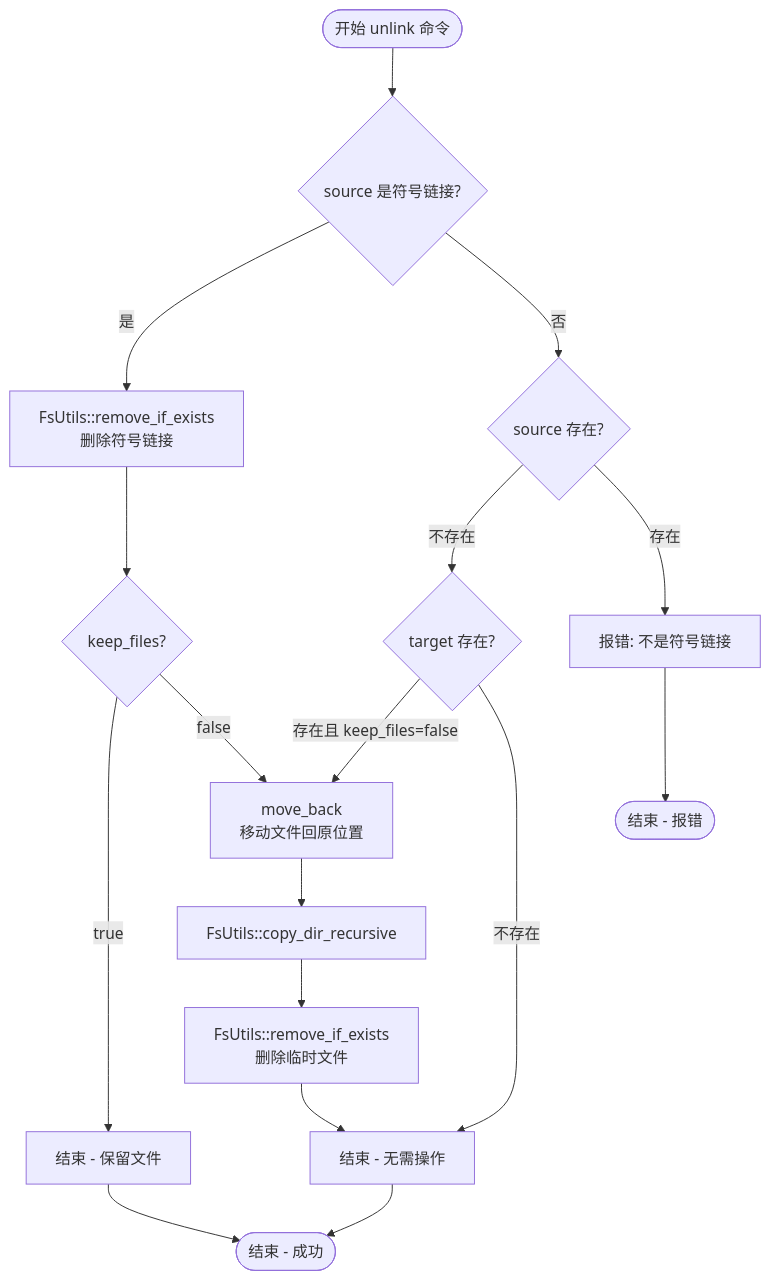
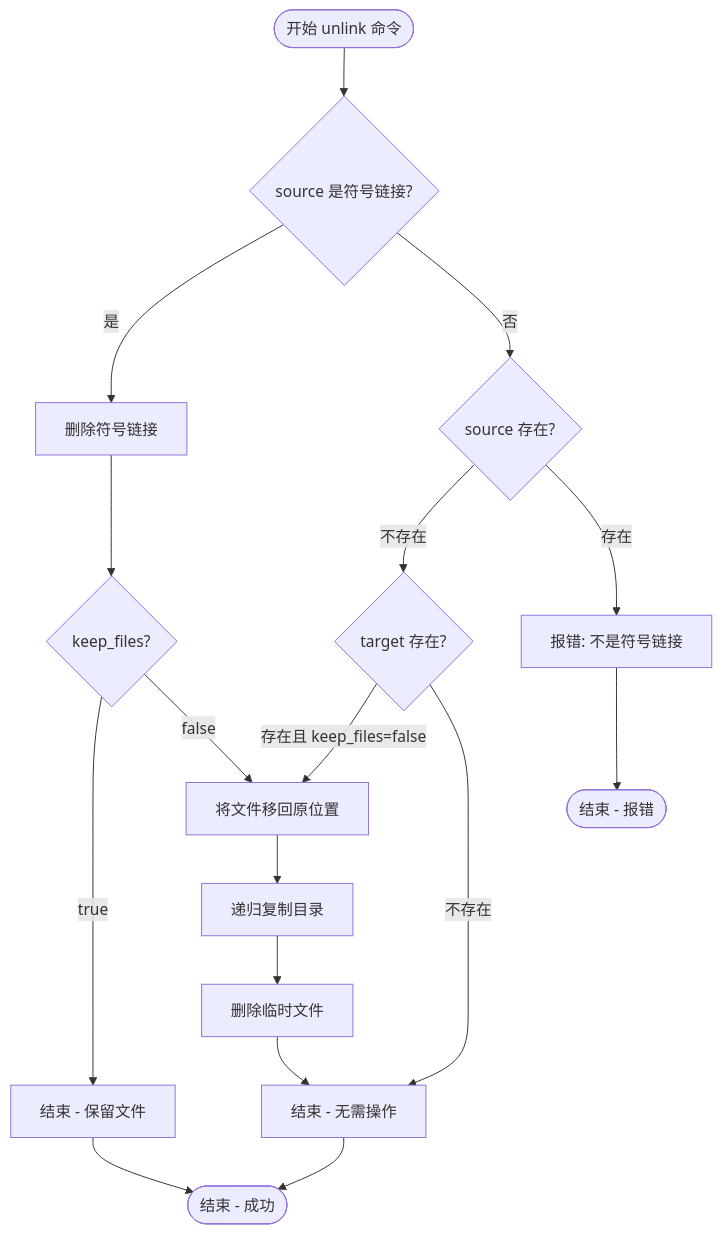
The fifth of 7 diagrams in docs/workflows.md (morning-start/link-disk), drawn with Mermaid before and after one commit. The commit also changed other lines of this file, not shown here.

First line of the commit message:
docs: 更新文档中的流程图和说明文本

````diff
--- a/docs/workflows.md
+++ b/docs/workflows.md
@@ -200,19 +200,19 @@
 ```mermaid
 flowchart TD
     START([开始 unlink 命令]) --> CHECK_SYMLINK{source 是符号链接?}
-    CHECK_SYMLINK -->|是| REMOVE_LINK[FsUtils::remove_if_exists<br/>删除符号链接]
+    CHECK_SYMLINK -->|是| REMOVE_LINK[删除符号链接]
     CHECK_SYMLINK -->|否| CHECK_EXISTS{source 存在?}
     REMOVE_LINK --> CHECK_KEEP_FILES{keep_files?}
     CHECK_KEEP_FILES -->|true| END_SKIP[结束 - 保留文件]
-    CHECK_KEEP_FILES -->|false| MOVE_BACK[move_back<br/>移动文件回原位置]
+    CHECK_KEEP_FILES -->|false| MOVE_BACK[将文件移回原位置]
     CHECK_EXISTS -->|不存在| CHECK_TARGET{target 存在?}
     CHECK_EXISTS -->|存在| ERROR_NOT_SYMLINK[报错: 不是符号链接]
     CHECK_TARGET -->|存在且 keep_files=false| MOVE_BACK
     CHECK_TARGET -->|不存在| END_OK[结束 - 无需操作]
-    MOVE_BACK --> COPY_DIR[FsUtils::copy_dir_recursive]
-    COPY_DIR --> REMOVE_SOURCE[FsUtils::remove_if_exists<br/>删除临时文件]
+    MOVE_BACK --> COPY_DIR[递归复制目录]
+    COPY_DIR --> REMOVE_SOURCE[删除临时文件]
     REMOVE_SOURCE --> END_OK
     ERROR_NOT_SYMLINK --> END_ERROR([结束 - 报错])
     END_OK --> END_SUCCESS([结束 - 成功])
     END_SKIP --> END_SUCCESS
 ```
````
